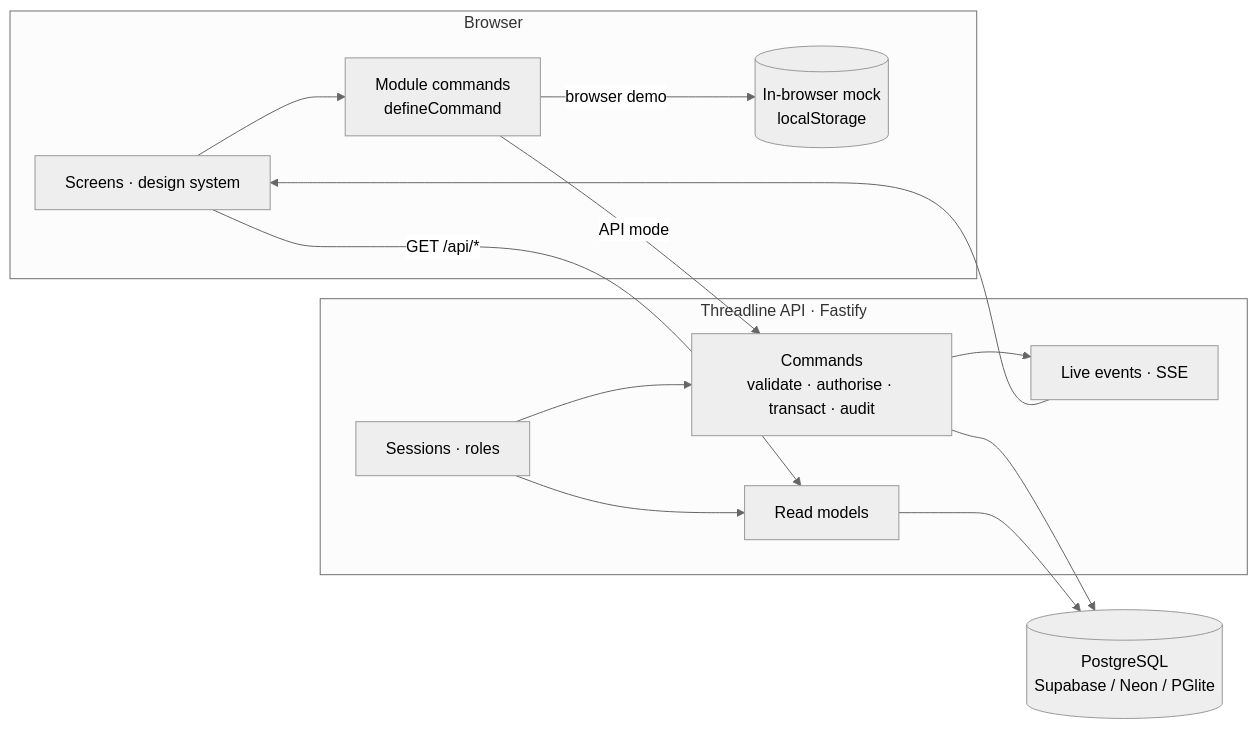
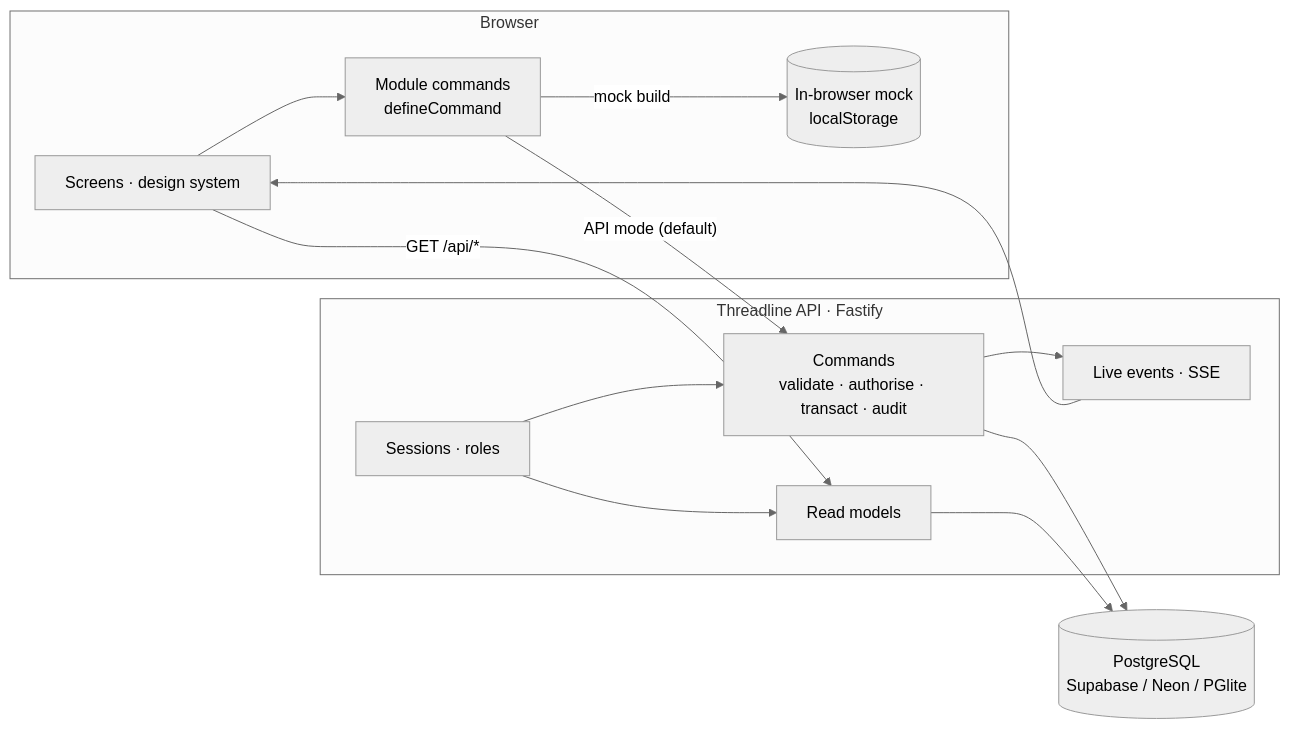
Before and after one commit to psspl-dwarkesh/ERP: the diagram in docs/ARCHITECTURE.md, drawn with Mermaid (neutral theme). The commit also changed other lines of this file and 39 other files, not shown here.

````diff
--- a/docs/ARCHITECTURE.md
+++ b/docs/ARCHITECTURE.md
@@ -5,24 +5,24 @@
 ```mermaid
 flowchart LR
   subgraph Browser
     UI[Screens · design system]
     CMD[Module commands<br/>defineCommand]
     MOCK[(In-browser mock<br/>localStorage)]
   end
   subgraph Server[Threadline API · Fastify]
     AUTH[Sessions · roles]
     READ[Read models]
     COM[Commands<br/>validate · authorise · transact · audit]
     LIVE[Live events · SSE]
   end
   DB[(PostgreSQL<br/>Supabase / Neon / PGlite)]
 
   UI --> CMD
-  CMD -- browser demo --> MOCK
-  CMD -- API mode --> COM
+  CMD -- mock build --> MOCK
+  CMD -- API mode (default) --> COM
   UI -- GET /api/* --> READ
   AUTH --> READ & COM
   COM --> DB
   READ --> DB
   COM --> LIVE --> UI
 ```
````
